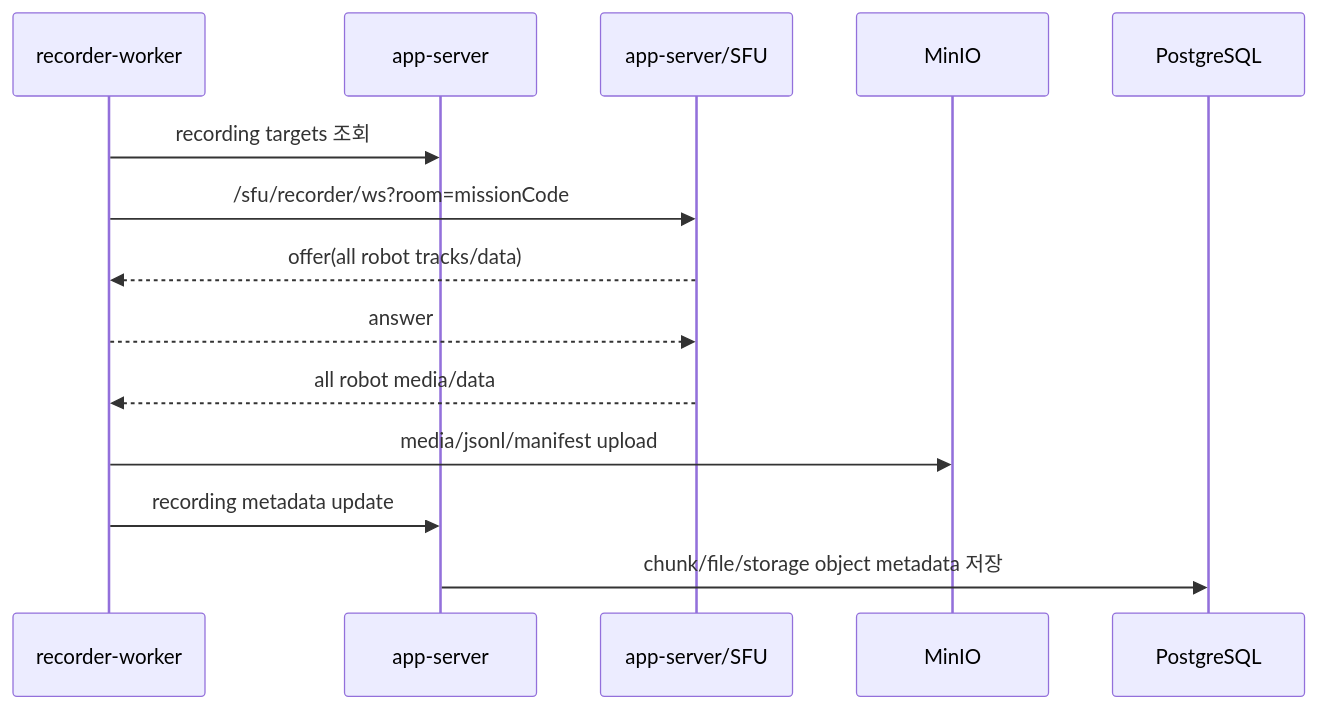
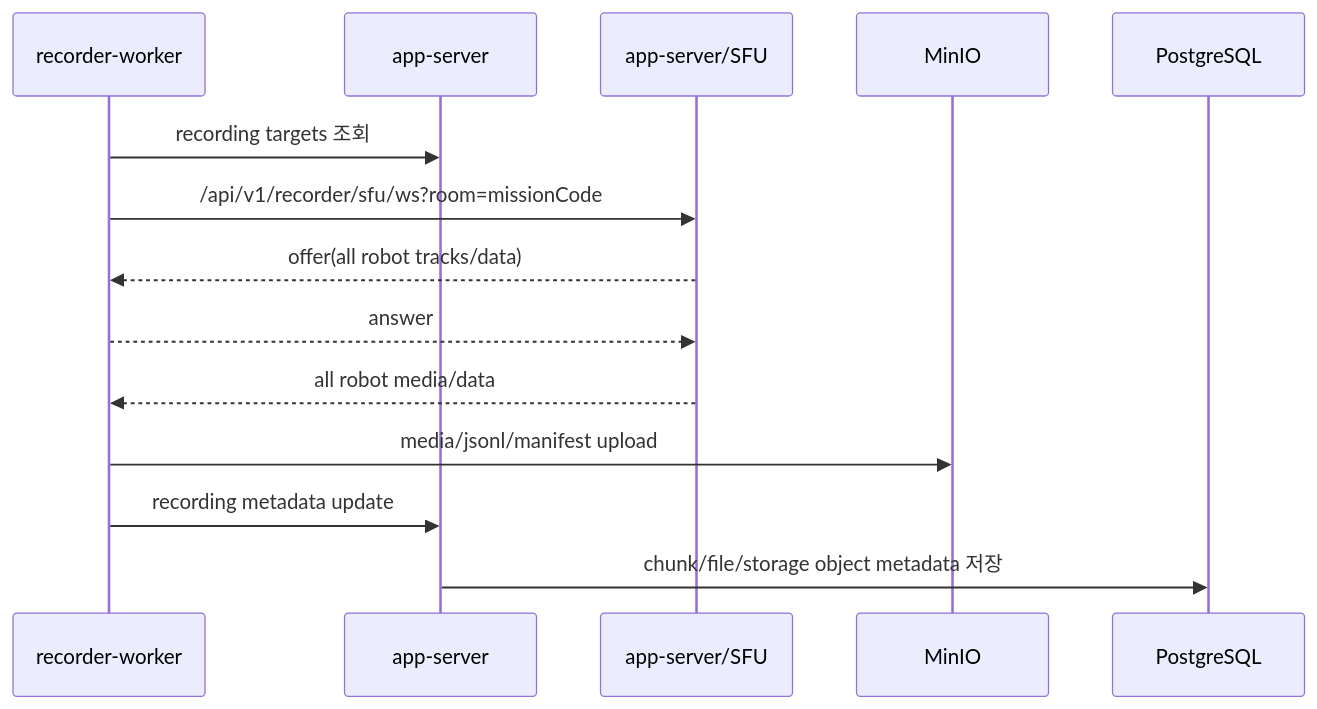
One commit to dhkimxx/robot-center changed the fourth of 5 diagrams in docs/stable/architecture.md. Above: the diagram before and after it, drawn with Mermaid. The commit also changed other lines of this file and 26 other files, not shown here.

````diff
--- a/docs/stable/architecture.md
+++ b/docs/stable/architecture.md
@@ -538,17 +554,17 @@
 ```mermaid
 sequenceDiagram
   participant Rec as recorder-worker
   participant App as app-server
   participant SFU as app-server/SFU
   participant Minio as MinIO
   participant DB as PostgreSQL
 
   Rec->>App: recording targets 조회
-  Rec->>SFU: /sfu/recorder/ws?room=missionCode
+  Rec->>SFU: /api/v1/recorder/sfu/ws?room=missionCode
   SFU-->>Rec: offer(all robot tracks/data)
   Rec-->>SFU: answer
   SFU-->>Rec: all robot media/data
   Rec->>Minio: media/jsonl/manifest upload
   Rec->>App: recording metadata update
   App->>DB: chunk/file/storage object metadata 저장
 ```
````
